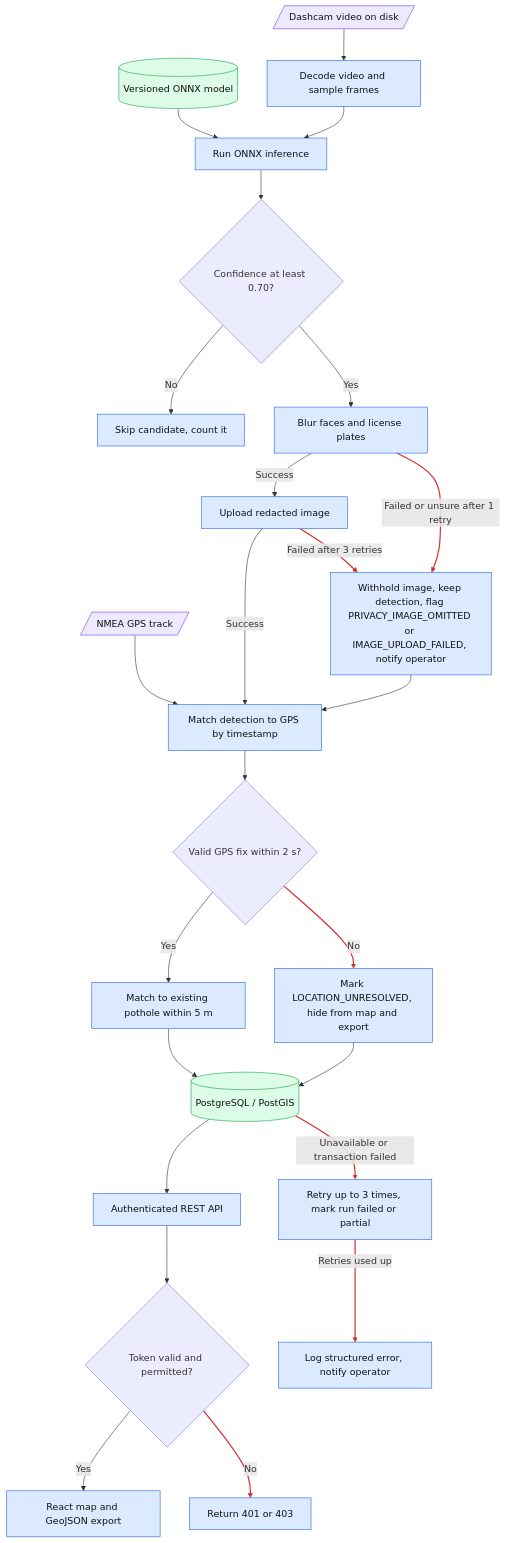
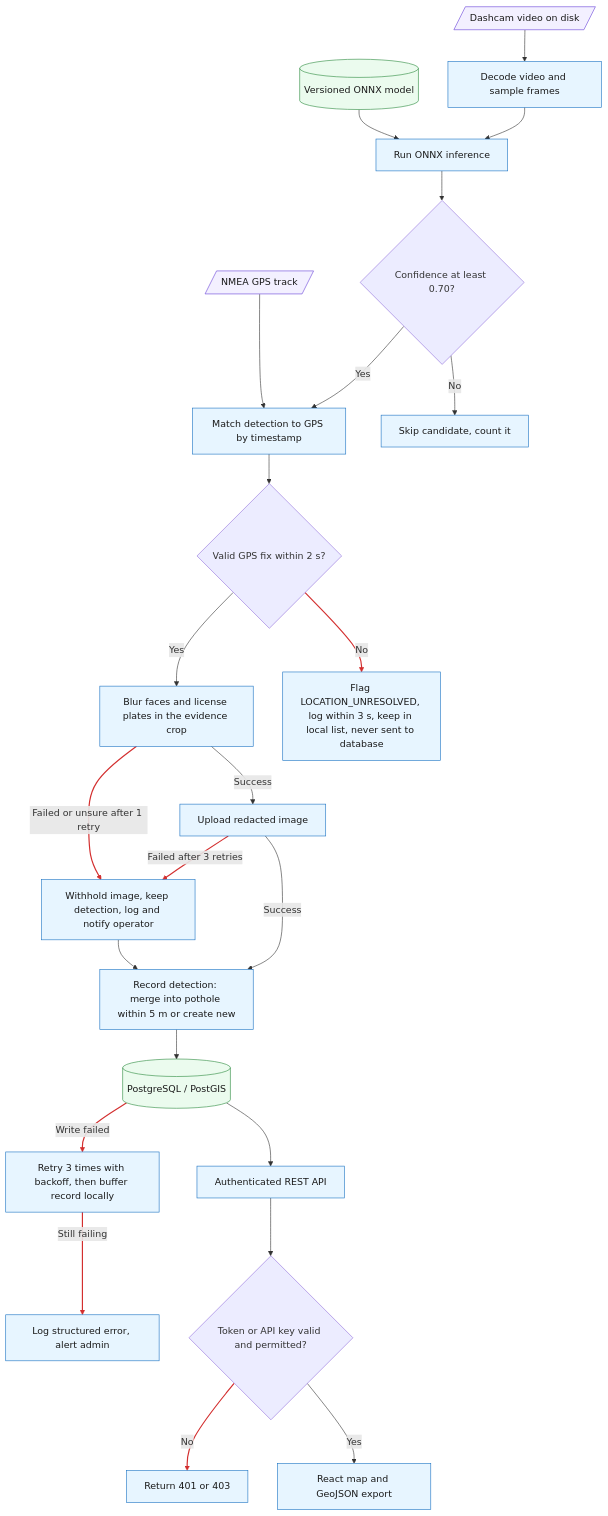
One commit to Advaitvag/StreetSmart-models changed the first of 3 diagrams in StreetSmart_docs/SeniorDesign/D2_Detailed_Design.md. Above: the diagram before and after it, drawn with Mermaid. The commit also changed other lines of this file, not shown here.

````diff
--- a/StreetSmart_docs/SeniorDesign/D2_Detailed_Design.md
+++ b/StreetSmart_docs/SeniorDesign/D2_Detailed_Design.md
@@ -100,56 +119,55 @@
 ```mermaid
 flowchart TD
     VIDEO[/Dashcam video on disk/]
     GPS[/NMEA GPS track/]
     MODEL[(Versioned ONNX model)]
     DEC[Decode video and sample frames]
     INF[Run ONNX inference]
     DET{Confidence at least 0.70?}
     SKIP[Skip candidate, count it]
-    REDACT[Blur faces and license plates]
-    UPLOAD[Upload redacted image]
-    OMIT[Withhold image, keep detection, flag PRIVACY_IMAGE_OMITTED or IMAGE_UPLOAD_FAILED, notify operator]
     SYNC[Match detection to GPS by timestamp]
     GPSOK{Valid GPS fix within 2 s?}
-    UNRES[Mark LOCATION_UNRESOLVED, hide from map and export]
-    MATCH[Match to existing pothole within 5 m]
+    UNRES[Flag LOCATION_UNRESOLVED, log within 3 s, keep in local list, never sent to database]
+    REDACT[Blur faces and license plates in the evidence crop]
+    UPLOAD[Upload redacted image]
+    OMIT[Withhold image, keep detection, log and notify operator]
+    MATCH[Record detection: merge into pothole within 5 m or create new]
     DB[(PostgreSQL / PostGIS)]
     API[Authenticated REST API]
-    AUTH{Token valid and permitted?}
+    AUTH{Token or API key valid and permitted?}
     MAP[React map and GeoJSON export]
     HTTPERR[Return 401 or 403]
-    RETRY[Retry up to 3 times, mark run failed or partial]
-    ALERT[Log structured error, notify operator]
+    RETRY[Retry 3 times with backoff, then buffer record locally]
+    ALERT[Log structured error, alert admin]
 
     VIDEO --> DEC
     MODEL --> INF
     DEC --> INF
     INF --> DET
     DET -- No --> SKIP
-    DET -- Yes --> REDACT
+    DET -- Yes --> SYNC
+    GPS --> SYNC
+    SYNC --> GPSOK
+    GPSOK -- No --> UNRES
+    GPSOK -- Yes --> REDACT
     REDACT -- Success --> UPLOAD
     REDACT -- Failed or unsure after 1 retry --> OMIT
-    UPLOAD -- Success --> SYNC
+    UPLOAD -- Success --> MATCH
     UPLOAD -- Failed after 3 retries --> OMIT
-    OMIT --> SYNC
-    GPS --> SYNC
-    SYNC --> GPSOK
-    GPSOK -- Yes --> MATCH
-    GPSOK -- No --> UNRES
+    OMIT --> MATCH
     MATCH --> DB
-    UNRES --> DB
     DB --> API
     API --> AUTH
     AUTH -- Yes --> MAP
     AUTH -- No --> HTTPERR
-    DB -- Unavailable or transaction failed --> RETRY
-    RETRY -- Retries used up --> ALERT
+    DB -- Write failed --> RETRY
+    RETRY -- Still failing --> ALERT
 
-    classDef internal fill:#dbeafe,stroke:#2563eb,color:#111;
-    classDef store fill:#dcfce7,stroke:#16a34a,color:#111;
-    classDef artifact fill:#ede9fe,stroke:#7c3aed,color:#111;
-    class DEC,INF,REDACT,UPLOAD,OMIT,SYNC,UNRES,MATCH,API,MAP,HTTPERR,RETRY,ALERT,SKIP internal;
+    classDef internal fill:#e7f5ff,stroke:#1971c2,color:#1a1a1a;
+    classDef store fill:#ebfbee,stroke:#2b8a3e,color:#1a1a1a;
+    classDef artifact fill:#f3f0ff,stroke:#6741d9,color:#1a1a1a;
+    class DEC,INF,SYNC,UNRES,REDACT,UPLOAD,OMIT,MATCH,API,MAP,HTTPERR,RETRY,ALERT,SKIP internal;
     class MODEL,DB store;
     class VIDEO,GPS artifact;
-    linkStyle 7,9,14,20,21,22 stroke:#d32f2f,stroke-width:2px;
+    linkStyle 8,11,13,19,20,21 stroke:#d32f2f,stroke-width:2px;
 ```
````
